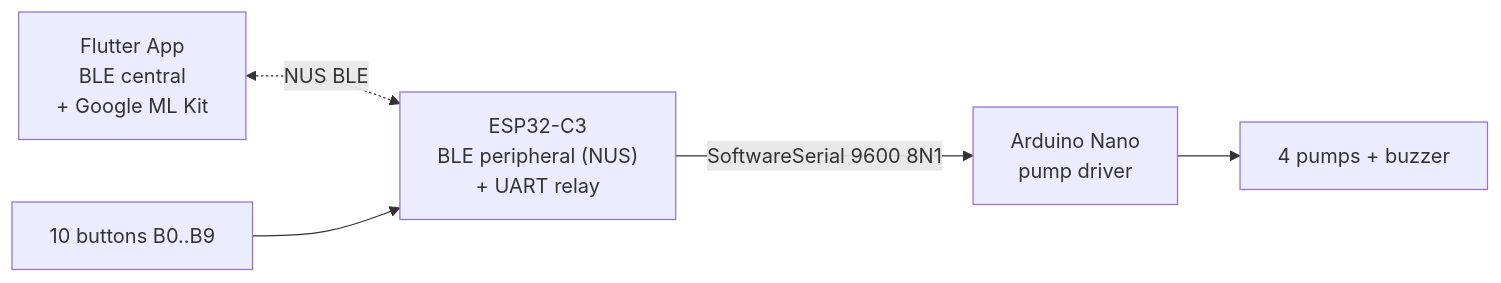
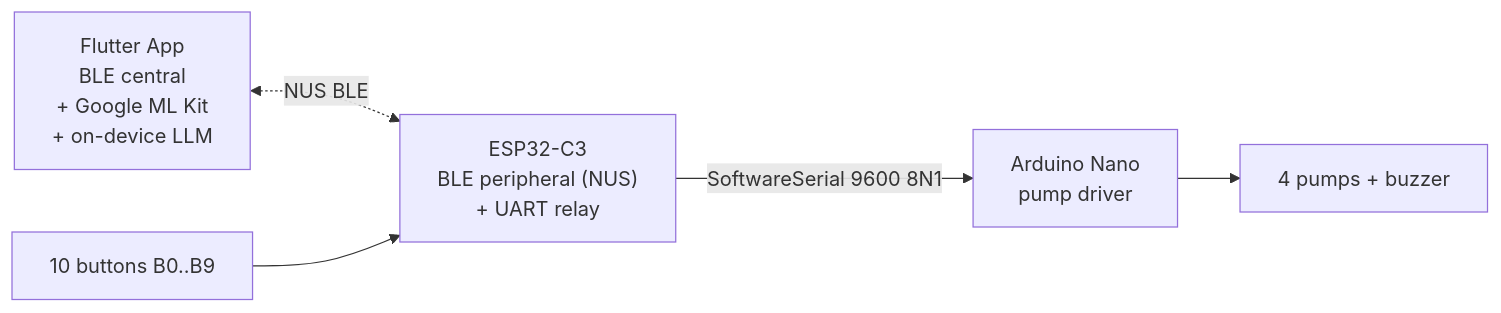
Before and after one commit to Hubert005/IoT_Projekt: the diagram in docs/README.md, drawn with Mermaid. The commit also changed other lines of this file and 19 other files, not shown here.

````diff
--- a/docs/README.md
+++ b/docs/README.md
@@ -7,11 +7,11 @@
 ```mermaid
 graph LR
-    Phone[Flutter App<br/>BLE central<br/>+ Google ML Kit]
+    Phone[Flutter App<br/>BLE central<br/>+ Google ML Kit<br/>+ on-device LLM]
     ESP["ESP32-C3<br/>BLE peripheral (NUS)<br/>+ UART relay"]
     Nano[Arduino Nano<br/>pump driver]
 
     Phone <-.NUS BLE.-> ESP
     ESP -- SoftwareSerial 9600 8N1 --> Nano
     Nano --> Pumps[4 pumps + buzzer]
     Buttons[10 buttons B0..B9] --> ESP
 ```
````
